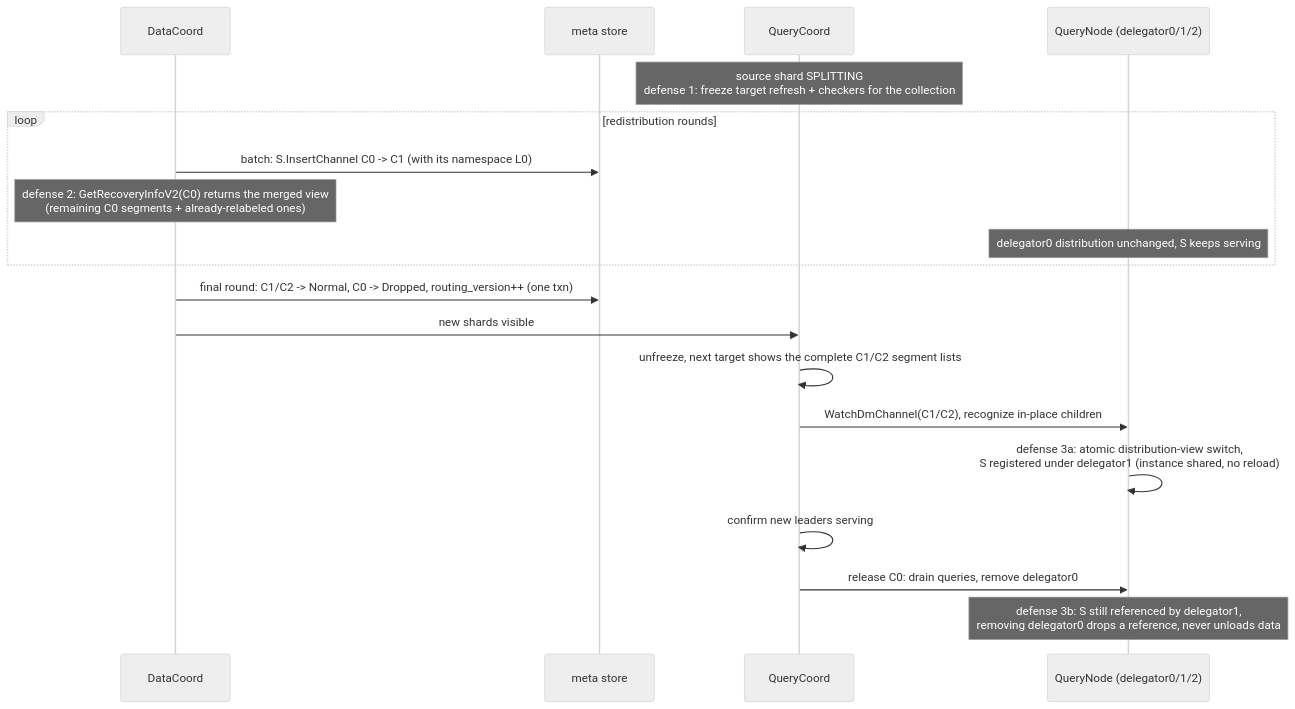
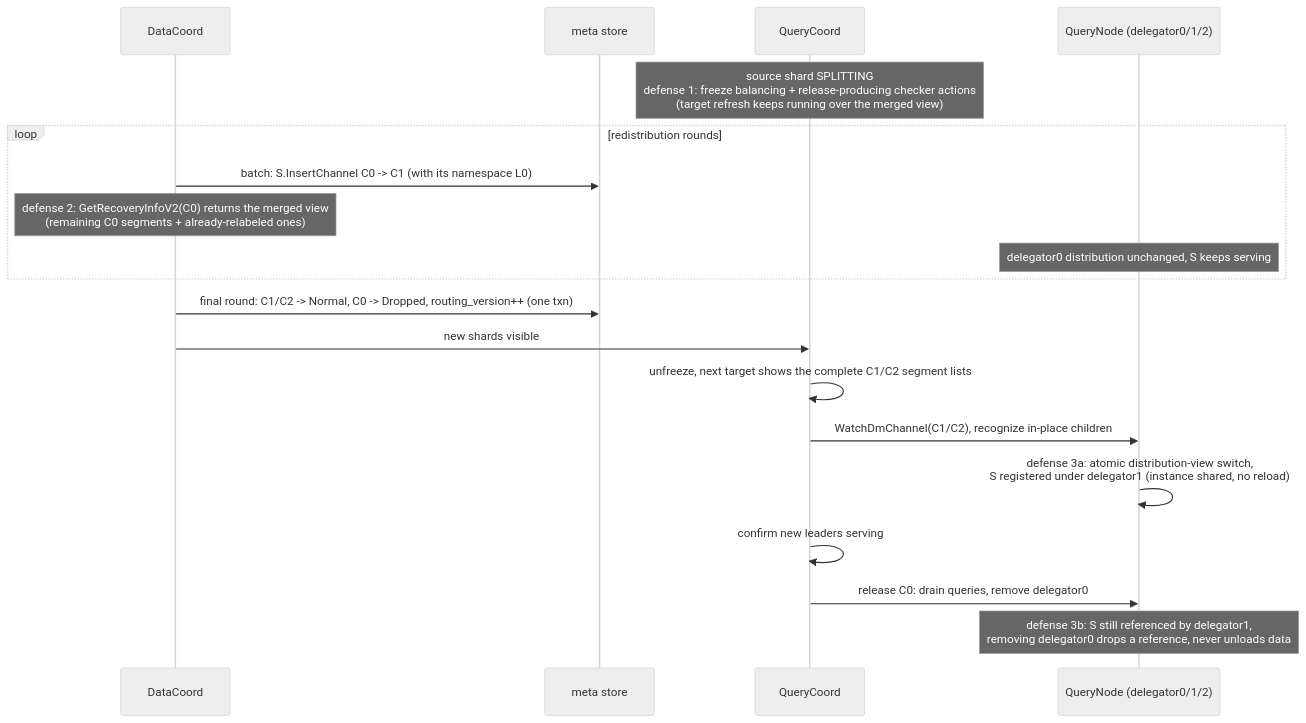
One commit to milvus-io/milvus changed the fourth of 4 diagrams in docs/design-docs/design_docs/20260610-shard_split.md. Above: the diagram before and after it, drawn with Mermaid (neutral theme). The commit also changed other lines of this file, not shown here.

First line of the commit message:
doc: sync shard split design doc to the authoritative #50465 revision

````diff
--- a/docs/design-docs/design_docs/20260610-shard_split.md
+++ b/docs/design-docs/design_docs/20260610-shard_split.md
@@ -327,22 +517,22 @@
 ```mermaid
 sequenceDiagram
     participant DC as DataCoord
     participant META as meta store
     participant QC as QueryCoord
     participant QN as QueryNode (delegator0/1/2)
 
-    Note over QC: source shard SPLITTING<br/>defense 1: freeze target refresh + checkers for the collection
+    Note over QC: source shard SPLITTING<br/>defense 1: freeze balancing + release-producing checker actions<br/>(target refresh keeps running over the merged view)
     loop redistribution rounds
         DC->>META: batch: S.InsertChannel C0 -> C1 (with its namespace L0)
         Note over DC: defense 2: GetRecoveryInfoV2(C0) returns the merged view<br/>(remaining C0 segments + already-relabeled ones)
         Note over QN: delegator0 distribution unchanged, S keeps serving
     end
     DC->>META: final round: C1/C2 -> Normal, C0 -> Dropped, routing_version++ (one txn)
     DC->>QC: new shards visible
     QC->>QC: unfreeze, next target shows the complete C1/C2 segment lists
     QC->>QN: WatchDmChannel(C1/C2), recognize in-place children
     QN->>QN: defense 3a: atomic distribution-view switch,<br/>S registered under delegator1 (instance shared, no reload)
     QC->>QC: confirm new leaders serving
     QC->>QN: release C0: drain queries, remove delegator0
     Note over QN: defense 3b: S still referenced by delegator1,<br/>removing delegator0 drops a reference, never unloads data
 ```
````
